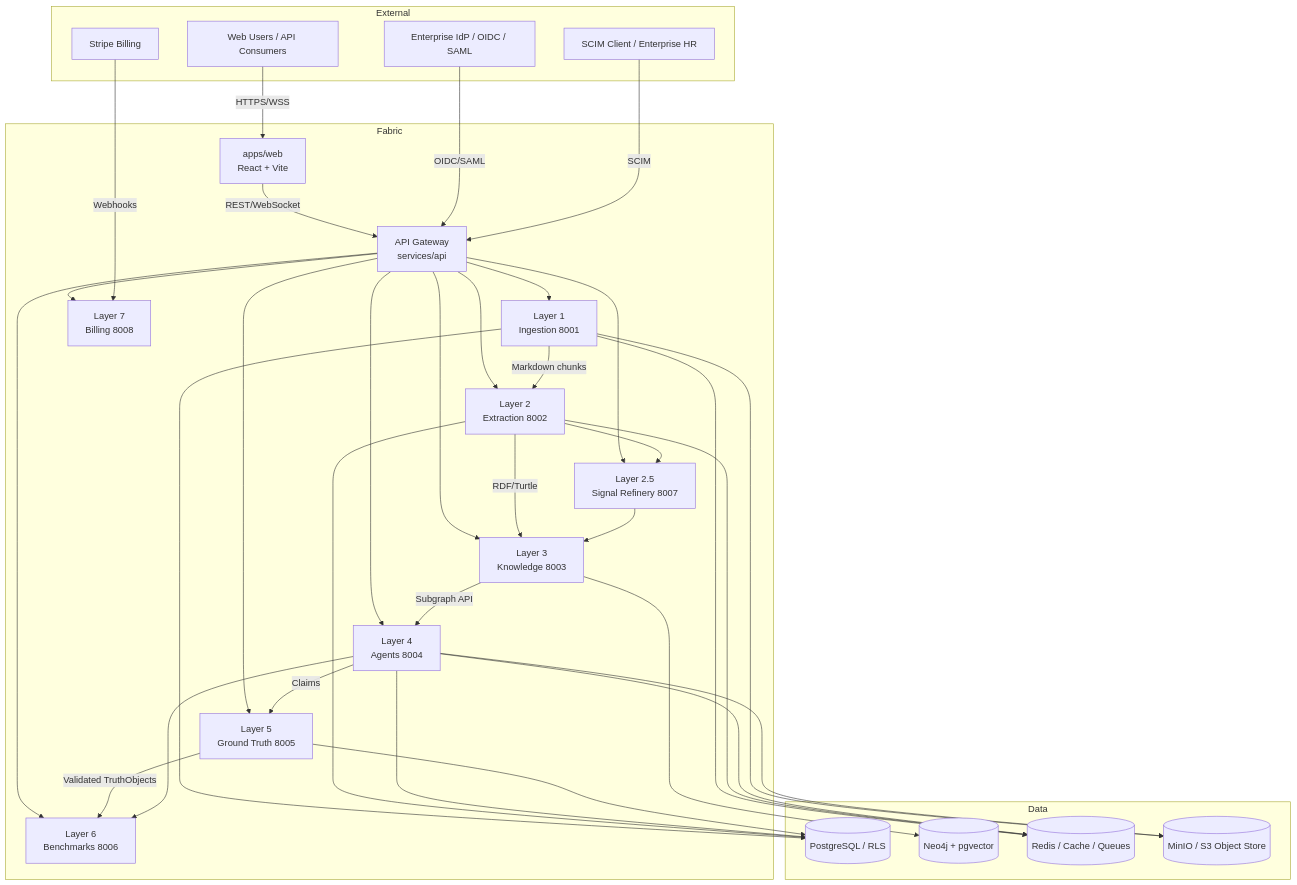
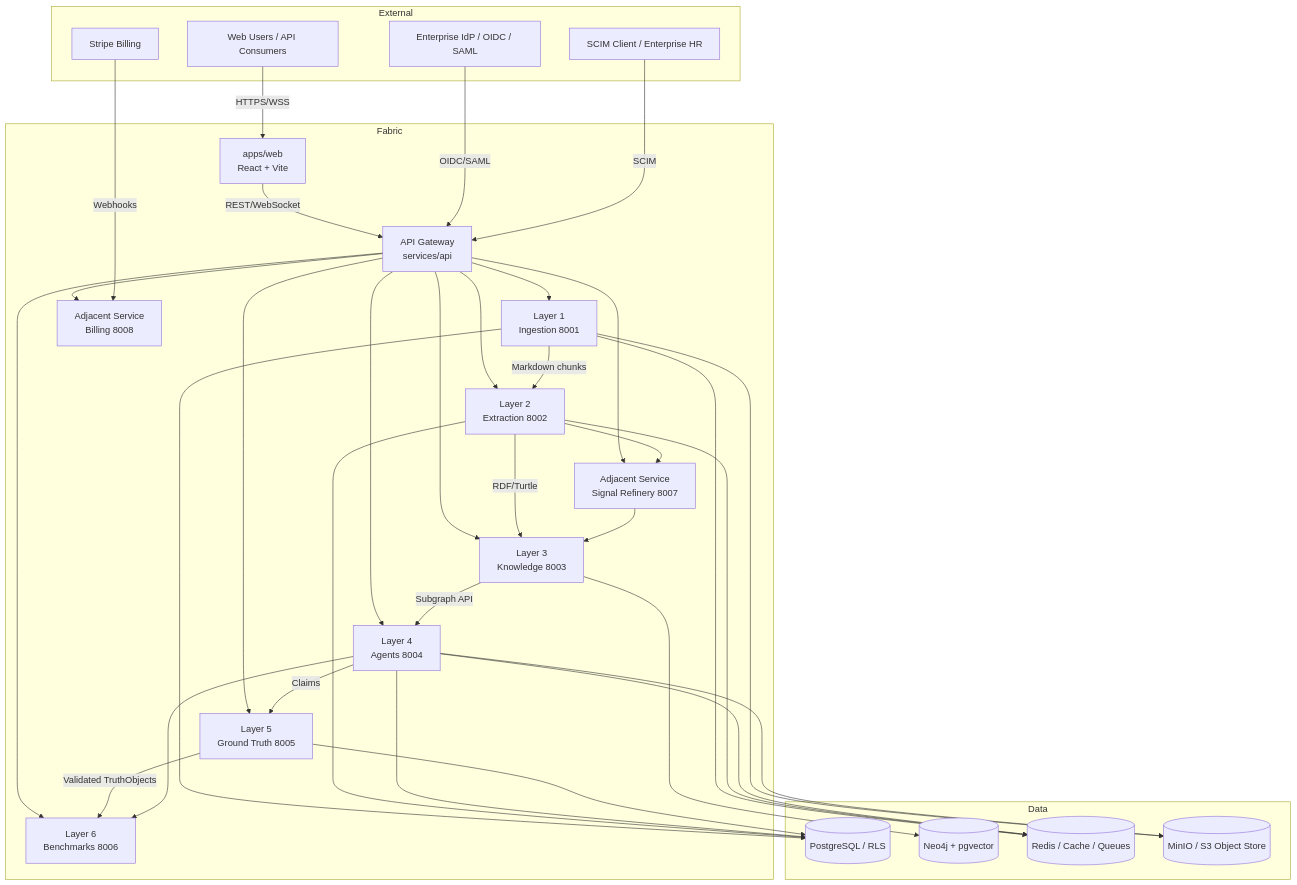
One commit to Valynt/Fabric_4L changed the diagram in docs/dependency-graph.mmd. Above: the diagram before and after it, drawn with Mermaid. The commit also changed 21 other files, not shown here.

```diff
--- a/docs/dependency-graph.mmd
+++ b/docs/dependency-graph.mmd
@@ -1,59 +1,59 @@
 graph TB
     subgraph External
         IdP[Enterprise IdP / OIDC / SAML]
         SCIM[SCIM Client / Enterprise HR]
         Stripe[Stripe Billing]
         Users[Web Users / API Consumers]
     end
 
     subgraph Fabric
         FE[apps/web<br/>React + Vite]
         GW[API Gateway<br/>services/api]
         L1[Layer 1<br/>Ingestion 8001]
         L2[Layer 2<br/>Extraction 8002]
-        L2_5[Layer 2.5<br/>Signal Refinery 8007]
+        L2_5[Adjacent Service<br/>Signal Refinery 8007]
         L3[Layer 3<br/>Knowledge 8003]
         L4[Layer 4<br/>Agents 8004]
         L5[Layer 5<br/>Ground Truth 8005]
         L6[Layer 6<br/>Benchmarks 8006]
-        L7[Layer 7<br/>Billing 8008]
+        L7[Adjacent Service<br/>Billing 8008]
     end
 
     subgraph Data
         PG[(PostgreSQL / RLS)]
         N4J[(Neo4j + pgvector)]
         RD[(Redis / Cache / Queues)]
         S3[(MinIO / S3 Object Store)]
     end
 
     Users -->|HTTPS/WSS| FE
     FE -->|REST/WebSocket| GW
     GW --> L1
     GW --> L2
     GW --> L2_5
     GW --> L3
     GW --> L4
     GW --> L5
     GW --> L6
     GW --> L7
     IdP -->|OIDC/SAML| GW
     SCIM -->|SCIM| GW
     Stripe -->|Webhooks| L7
     L1 -->|Markdown chunks| L2
     L2 -->|RDF/Turtle| L3
     L2 --> L2_5
     L2_5 --> L3
     L3 -->|Subgraph API| L4
     L4 -->|Claims| L5
     L5 -->|Validated TruthObjects| L6
     L4 --> L6
     L1 --> PG
     L2 --> PG
     L4 --> PG
     L5 --> PG
     L3 --> N4J
     L1 --> RD
     L2 --> RD
     L4 --> RD
     L1 --> S3
     L4 --> S3
```
